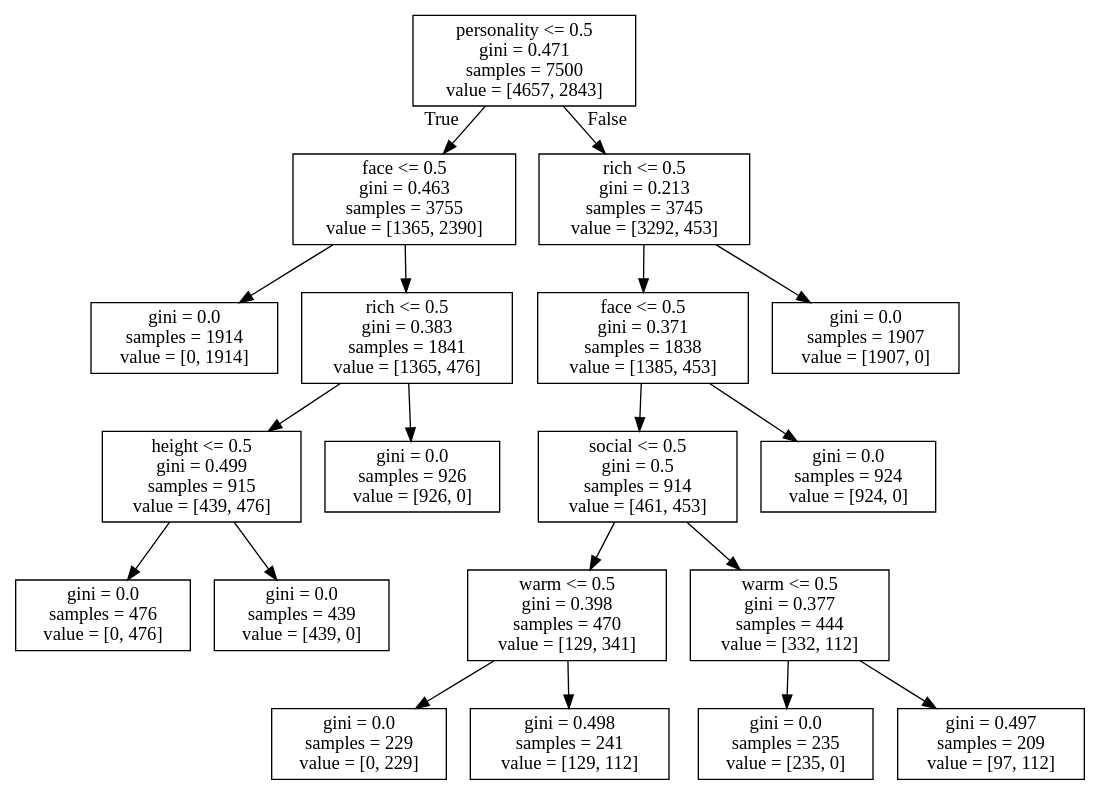
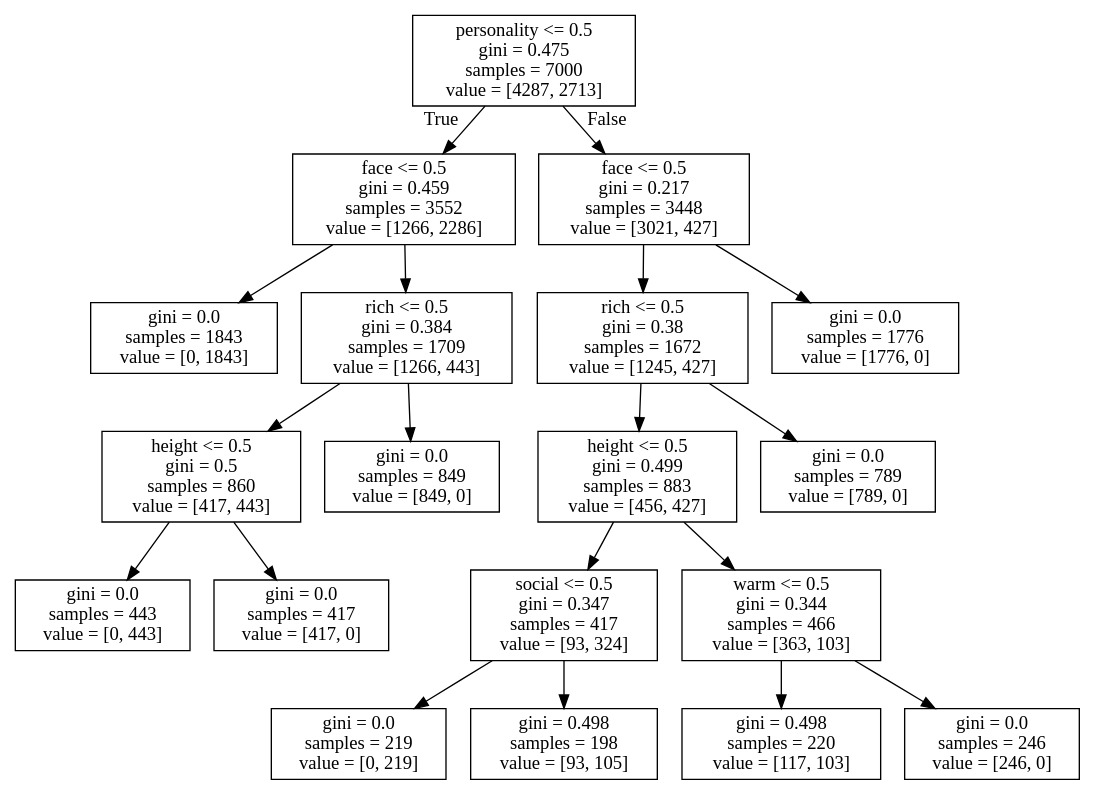
The diagram in Decision_Tree/models/decision_tree_depth5.dot (ElektrischesSchaf/Data_Mining_2019_Projects), drawn with Graphviz before and after one commit. The commit also changed 6 other files, not shown here.

```diff
--- a/Decision_Tree/models/decision_tree_depth5.dot
+++ b/Decision_Tree/models/decision_tree_depth5.dot
@@ -1,40 +1,40 @@
 digraph Tree {
 node [shape=box] ;
-0 [label="personality <= 0.5\ngini = 0.471\nsamples = 7500\nvalue = [4657, 2843]"] ;
-1 [label="face <= 0.5\ngini = 0.463\nsamples = 3755\nvalue = [1365, 2390]"] ;
+0 [label="personality <= 0.5\ngini = 0.475\nsamples = 7000\nvalue = [4287, 2713]"] ;
+1 [label="face <= 0.5\ngini = 0.459\nsamples = 3552\nvalue = [1266, 2286]"] ;
 0 -> 1 [labeldistance=2.5, labelangle=45, headlabel="True"] ;
-2 [label="gini = 0.0\nsamples = 1914\nvalue = [0, 1914]"] ;
+2 [label="gini = 0.0\nsamples = 1843\nvalue = [0, 1843]"] ;
 1 -> 2 ;
-3 [label="rich <= 0.5\ngini = 0.383\nsamples = 1841\nvalue = [1365, 476]"] ;
+3 [label="rich <= 0.5\ngini = 0.384\nsamples = 1709\nvalue = [1266, 443]"] ;
 1 -> 3 ;
-4 [label="height <= 0.5\ngini = 0.499\nsamples = 915\nvalue = [439, 476]"] ;
+4 [label="height <= 0.5\ngini = 0.5\nsamples = 860\nvalue = [417, 443]"] ;
 3 -> 4 ;
-5 [label="gini = 0.0\nsamples = 476\nvalue = [0, 476]"] ;
+5 [label="gini = 0.0\nsamples = 443\nvalue = [0, 443]"] ;
 4 -> 5 ;
-6 [label="gini = 0.0\nsamples = 439\nvalue = [439, 0]"] ;
+6 [label="gini = 0.0\nsamples = 417\nvalue = [417, 0]"] ;
 4 -> 6 ;
-7 [label="gini = 0.0\nsamples = 926\nvalue = [926, 0]"] ;
+7 [label="gini = 0.0\nsamples = 849\nvalue = [849, 0]"] ;
 3 -> 7 ;
-8 [label="rich <= 0.5\ngini = 0.213\nsamples = 3745\nvalue = [3292, 453]"] ;
+8 [label="face <= 0.5\ngini = 0.217\nsamples = 3448\nvalue = [3021, 427]"] ;
 0 -> 8 [labeldistance=2.5, labelangle=-45, headlabel="False"] ;
-9 [label="face <= 0.5\ngini = 0.371\nsamples = 1838\nvalue = [1385, 453]"] ;
+9 [label="rich <= 0.5\ngini = 0.38\nsamples = 1672\nvalue = [1245, 427]"] ;
 8 -> 9 ;
-10 [label="social <= 0.5\ngini = 0.5\nsamples = 914\nvalue = [461, 453]"] ;
+10 [label="height <= 0.5\ngini = 0.499\nsamples = 883\nvalue = [456, 427]"] ;
 9 -> 10 ;
-11 [label="warm <= 0.5\ngini = 0.398\nsamples = 470\nvalue = [129, 341]"] ;
+11 [label="social <= 0.5\ngini = 0.347\nsamples = 417\nvalue = [93, 324]"] ;
 10 -> 11 ;
-12 [label="gini = 0.0\nsamples = 229\nvalue = [0, 229]"] ;
+12 [label="gini = 0.0\nsamples = 219\nvalue = [0, 219]"] ;
 11 -> 12 ;
-13 [label="gini = 0.498\nsamples = 241\nvalue = [129, 112]"] ;
+13 [label="gini = 0.498\nsamples = 198\nvalue = [93, 105]"] ;
 11 -> 13 ;
-14 [label="warm <= 0.5\ngini = 0.377\nsamples = 444\nvalue = [332, 112]"] ;
+14 [label="warm <= 0.5\ngini = 0.344\nsamples = 466\nvalue = [363, 103]"] ;
 10 -> 14 ;
-15 [label="gini = 0.0\nsamples = 235\nvalue = [235, 0]"] ;
+15 [label="gini = 0.498\nsamples = 220\nvalue = [117, 103]"] ;
 14 -> 15 ;
-16 [label="gini = 0.497\nsamples = 209\nvalue = [97, 112]"] ;
+16 [label="gini = 0.0\nsamples = 246\nvalue = [246, 0]"] ;
 14 -> 16 ;
-17 [label="gini = 0.0\nsamples = 924\nvalue = [924, 0]"] ;
+17 [label="gini = 0.0\nsamples = 789\nvalue = [789, 0]"] ;
 9 -> 17 ;
-18 [label="gini = 0.0\nsamples = 1907\nvalue = [1907, 0]"] ;
+18 [label="gini = 0.0\nsamples = 1776\nvalue = [1776, 0]"] ;
 8 -> 18 ;
 }
```
